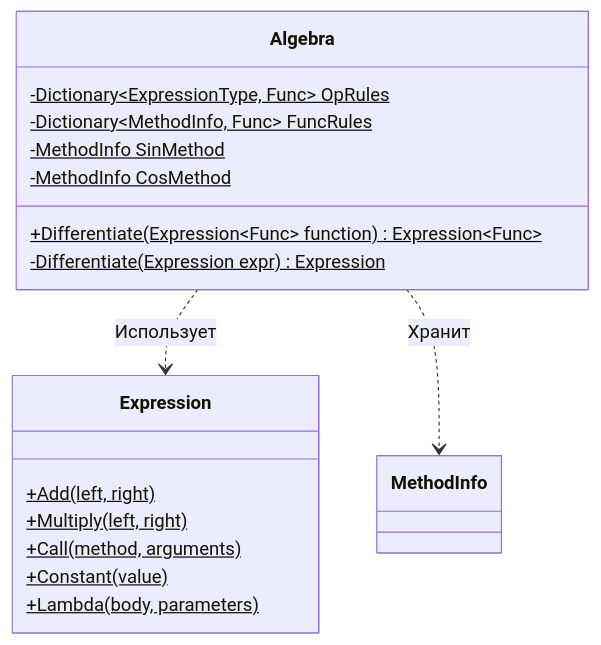
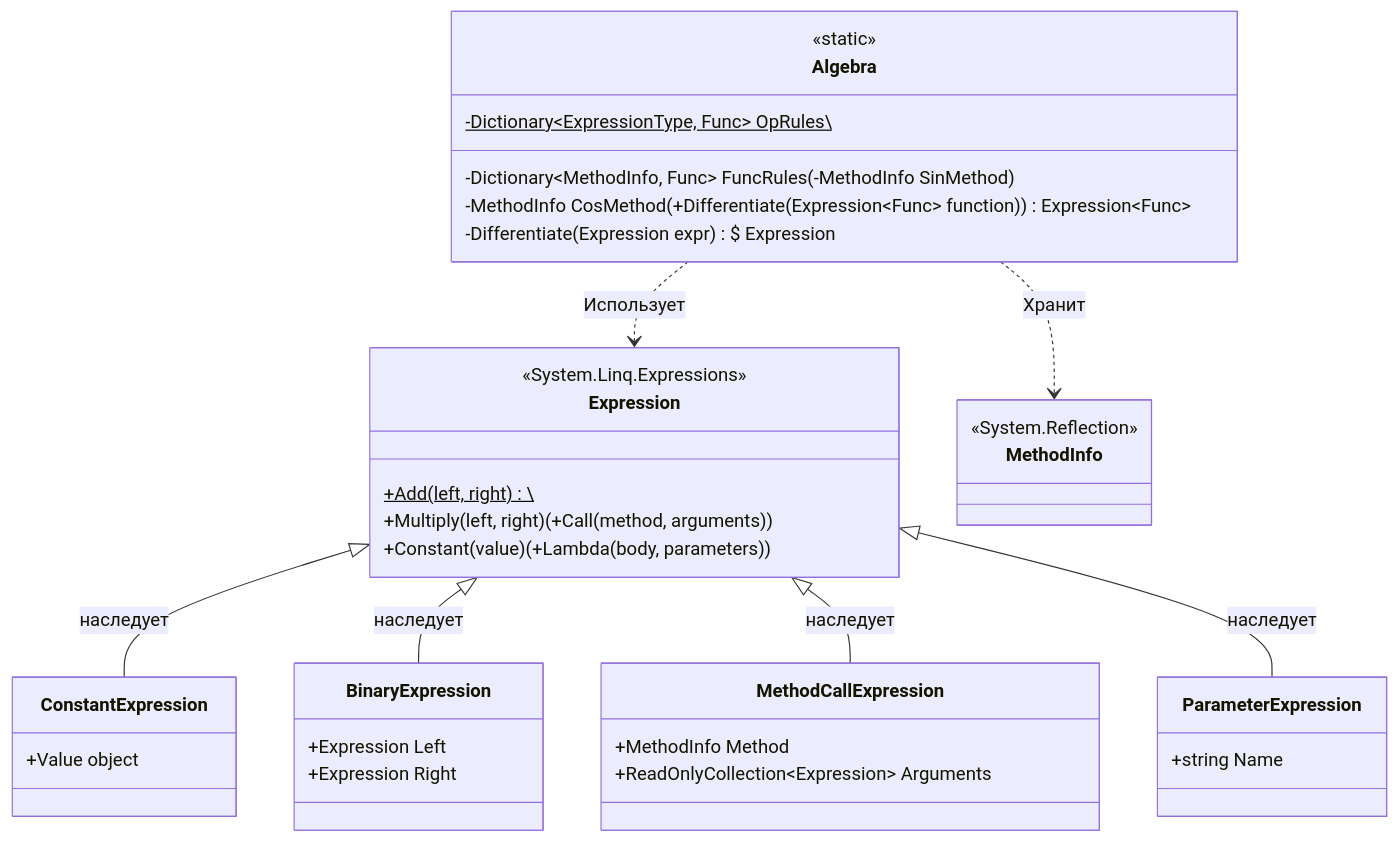
The diagram in diff.md (Du2Vi-lab/Ulearn-Tasks), drawn with Mermaid before and after one commit.

````diff
--- a/diff.md
+++ b/diff.md
@@ -9,27 +9,47 @@
 ```mermaid
-
 classDiagram
     class Algebra {
-        -Dictionary~ExpressionType, Func~ OpRules$
-        -Dictionary~MethodInfo, Func~ FuncRules$
-        -MethodInfo SinMethod$
-        -MethodInfo CosMethod$
-        +Differentiate(Expression~Func~ function)$ Expression~Func~
-        -Differentiate(Expression expr)$ Expression
+        <<static>>
+        -Dictionary~ExpressionType, Func~ OpRules\$
+        -Dictionary~MethodInfo, Func~ FuncRules\(-MethodInfo SinMethod\)
+        -MethodInfo CosMethod\(+Differentiate(Expression~Func~ function)\) Expression~Func~
+        -Differentiate(Expression expr)\$ Expression
     }
 
     class Expression {
-        +Add(left, right)$
-        +Multiply(left, right)$
-        +Call(method, arguments)$
-        +Constant(value)$
-        +Lambda(body, parameters)$
+        <<System.Linq.Expressions>>
+        +Add(left, right)\$
+        +Multiply(left, right)\(+Call(method, arguments)\)
+        +Constant(value)\(+Lambda(body, parameters)\)
+    }
+
+    class ConstantExpression {
+        +Value object
+    }
+
+    class BinaryExpression {
+        +Expression Left
+        +Expression Right
+    }
+
+    class MethodCallExpression {
+        +MethodInfo Method
+        +ReadOnlyCollection~Expression~ Arguments
+    }
+
+    class ParameterExpression {
+        +string Name
     }
 
     class MethodInfo {
+        <<System.Reflection>>
     }
+
+    Expression <|-- ConstantExpression : наследует
+    Expression <|-- BinaryExpression : наследует
+    Expression <|-- MethodCallExpression : наследует
+    Expression <|-- ParameterExpression : наследует
 
     Algebra ..> Expression : Использует
     Algebra ..> MethodInfo : Хранит
-    
 ```
````
